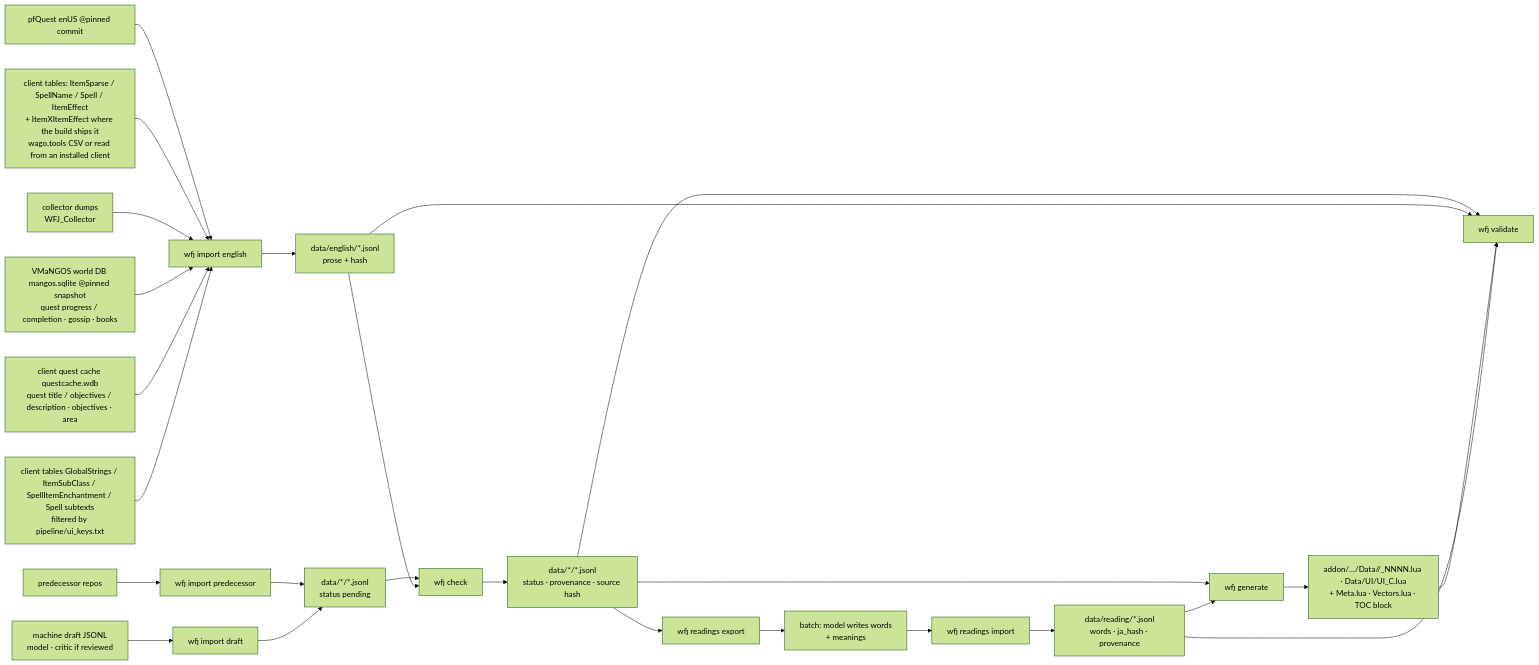
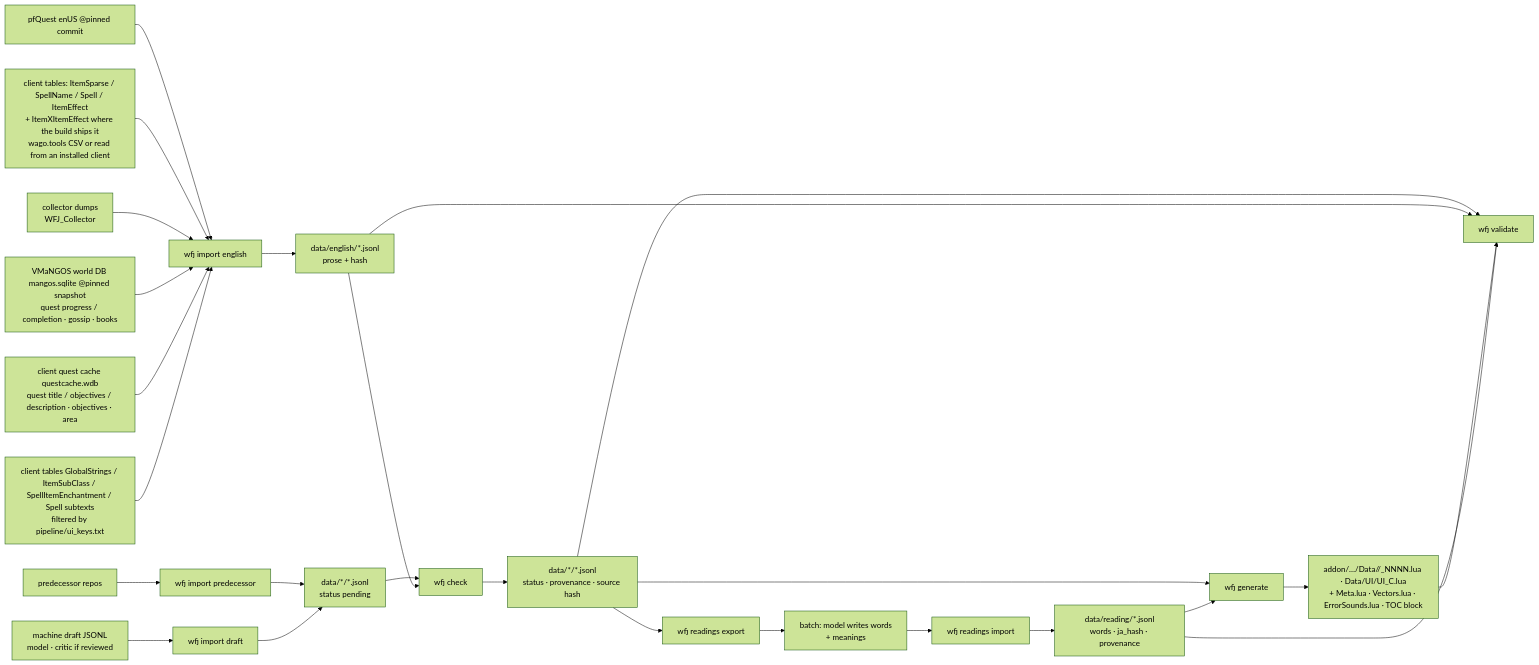
One commit to zyaga/wow-forever-japanese changed the diagram in docs/architecture/data-model.md. Above: the diagram before and after it, drawn with Mermaid (forest theme). The commit also changed other lines of this file and 13 other files, not shown here.

````diff
--- a/docs/architecture/data-model.md
+++ b/docs/architecture/data-model.md
@@ -9,19 +9,19 @@
 ```mermaid
 flowchart LR
   P[predecessor repos] --> I[wfj import predecessor]
   Q[pfQuest enUS @pinned commit] --> E[wfj import english]
   W[client tables: ItemSparse / SpellName / Spell / ItemEffect<br/>+ ItemXItemEffect where the build ships it<br/>wago.tools CSV or read from an installed client] --> E
   C[collector dumps<br/>WFJ_Collector] --> E
   VM[VMaNGOS world DB mangos.sqlite @pinned snapshot<br/>quest progress / completion · gossip · books] --> E
   WDB[client quest cache questcache.wdb<br/>quest title / objectives / description · objectives · area] --> E
   U[client tables GlobalStrings / ItemSubClass / SpellItemEnchantment / Spell subtexts<br/>filtered by pipeline/ui_keys.txt] --> E
   E --> EN[data/english/*.jsonl<br/>prose + hash]
   I --> R[data/*/*.jsonl<br/>status pending]
   M[machine draft JSONL<br/>model · critic if reviewed] --> DR[wfj import draft] --> R
   R --> K[wfj check] ; EN --> K
   K --> D[data/*/*.jsonl<br/>status · provenance · source hash]
-  D --> G[wfj generate] --> L[addon/…/Data/<Type>/<Type>_NNNN.lua · Data/UI/UI_C.lua<br/>+ Meta.lua · Vectors.lua · TOC block]
+  D --> G[wfj generate] --> L[addon/…/Data/<Type>/<Type>_NNNN.lua · Data/UI/UI_C.lua<br/>+ Meta.lua · Vectors.lua · ErrorSounds.lua · TOC block]
   D --> V[wfj validate] ; EN --> V ; L --> V
   D --> RX[wfj readings export] --> RB[batch: model writes words<br/>+ meanings] --> RI[wfj readings import] --> RD[data/reading/*.jsonl<br/>words · ja_hash · provenance]
   RD --> G ; RD --> V
 ```
````
